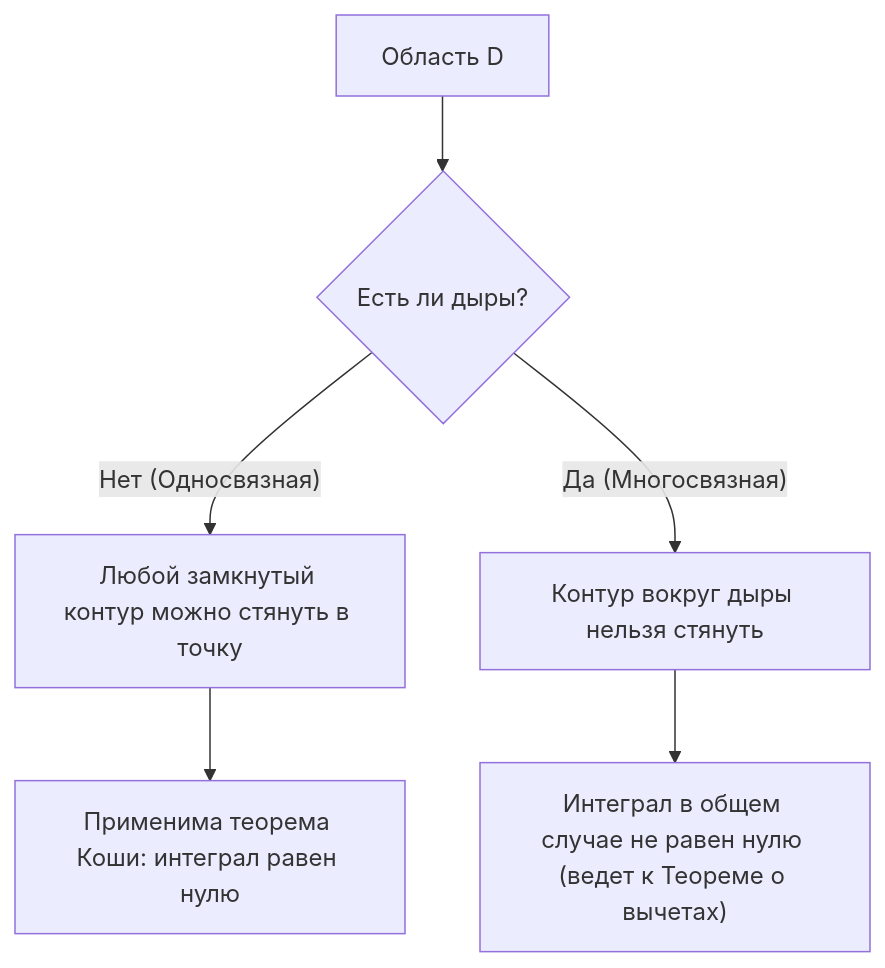
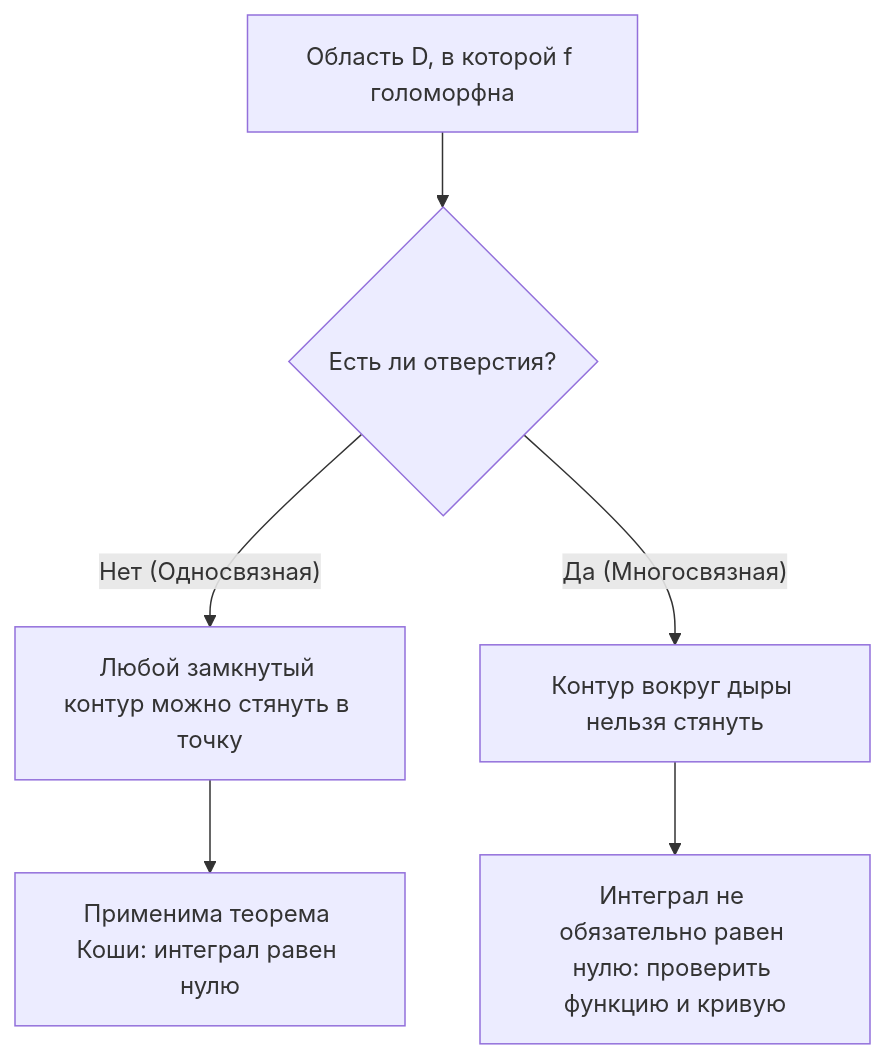
One commit to kenjinote/blog changed the diagram in content/post/cauchys-integral-theorem/index.ru.md. Above: the diagram before and after it, drawn with Mermaid. The commit also changed other lines of this file and 8 other files, not shown here.

````diff
--- a/content/post/cauchys-integral-theorem/index.ru.md
+++ b/content/post/cauchys-integral-theorem/index.ru.md
@@ -95,8 +95,8 @@
 ```mermaid
 flowchart TD
-    A["Область D"] --> B{"Есть ли дыры?"}
+    A["Область D, в которой f голоморфна"] --> B{"Есть ли отверстия?"}
     B -->|"Нет (Односвязная)"| C["Любой замкнутый контур можно стянуть в точку"]
     C --> D["Применима теорема Коши: интеграл равен нулю"]
     B -->|"Да (Многосвязная)"| E["Контур вокруг дыры нельзя стянуть"]
-    E --> F["Интеграл в общем случае не равен нулю (ведет к Теореме о вычетах)"]
+    E --> F["Интеграл не обязательно равен нулю: проверить функцию и кривую"]
 ```
````
